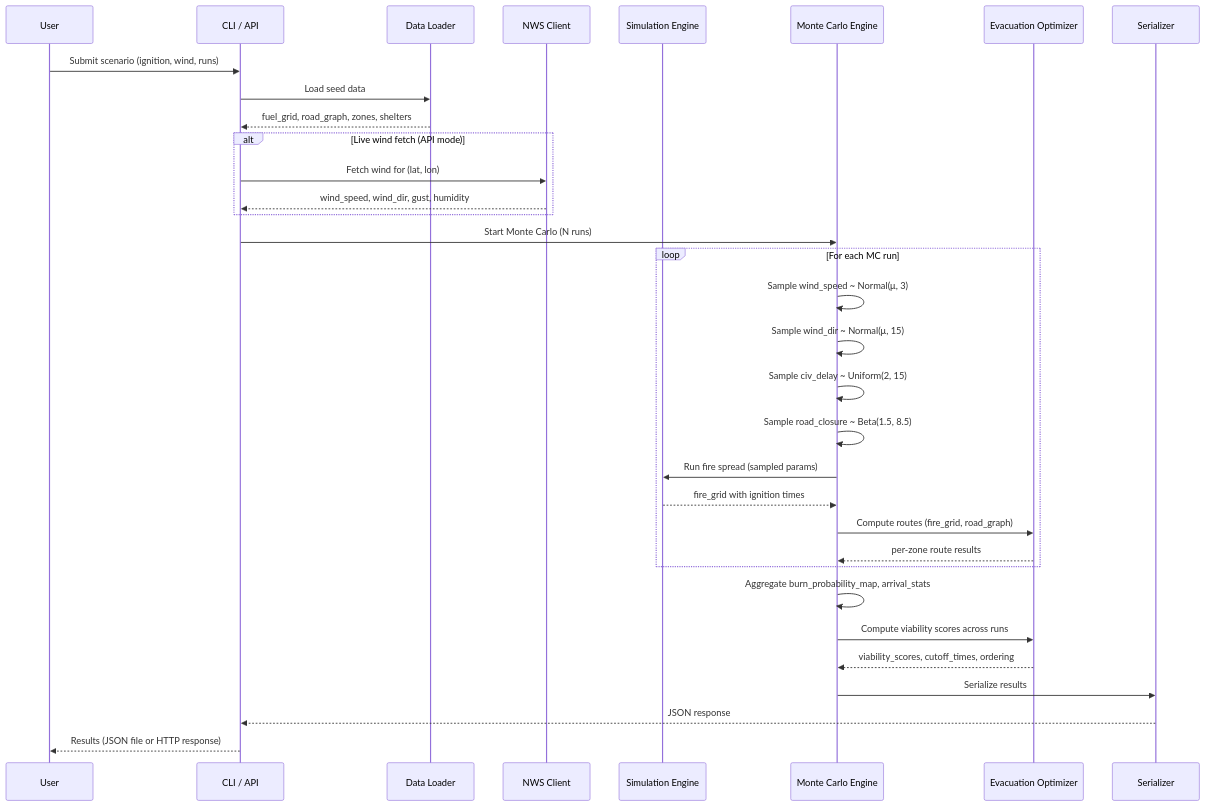
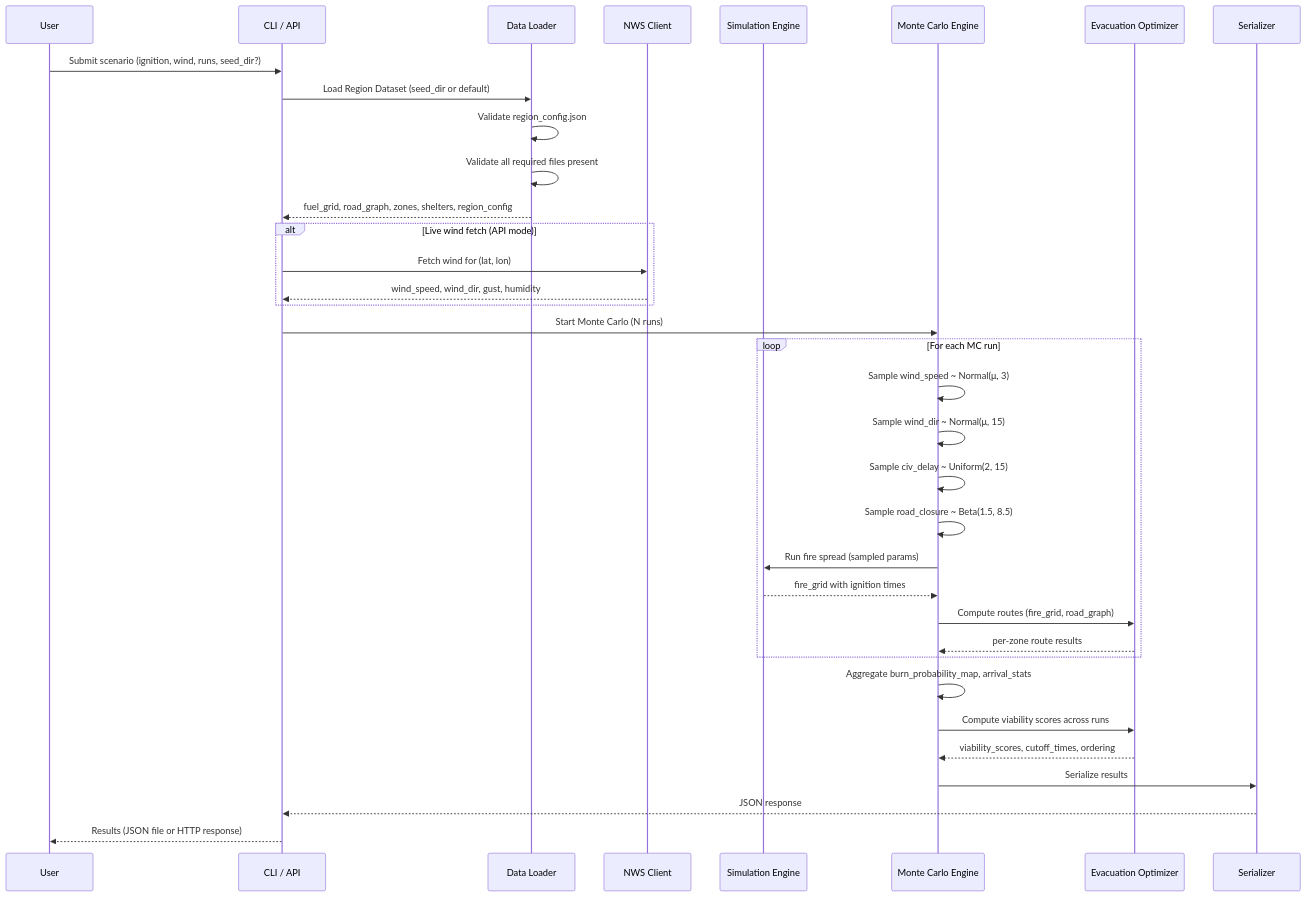
One commit to toharm/kirohacks changed the second of 2 diagrams in .kiro/specs/evacuai-backend-prototype/design.md. Above: the diagram before and after it, drawn with Mermaid. The commit also changed other lines of this file and 2 other files, not shown here.

````diff
--- a/.kiro/specs/evacuai-backend-prototype/design.md
+++ b/.kiro/specs/evacuai-backend-prototype/design.md
@@ -86,41 +91,43 @@
 ```mermaid
 sequenceDiagram
     participant User
     participant Entry as CLI / API
     participant Loader as Data Loader
     participant Wind as NWS Client
     participant Sim as Simulation Engine
     participant MC as Monte Carlo Engine
     participant Evac as Evacuation Optimizer
     participant Out as Serializer
 
-    User->>Entry: Submit scenario (ignition, wind, runs)
-    Entry->>Loader: Load seed data
-    Loader-->>Entry: fuel_grid, road_graph, zones, shelters
+    User->>Entry: Submit scenario (ignition, wind, runs, seed_dir?)
+    Entry->>Loader: Load Region Dataset (seed_dir or default)
+    Loader->>Loader: Validate region_config.json
+    Loader->>Loader: Validate all required files present
+    Loader-->>Entry: fuel_grid, road_graph, zones, shelters, region_config
     
     alt Live wind fetch (API mode)
         Entry->>Wind: Fetch wind for (lat, lon)
         Wind-->>Entry: wind_speed, wind_dir, gust, humidity
     end
 
     Entry->>MC: Start Monte Carlo (N runs)
     
     loop For each MC run
         MC->>MC: Sample wind_speed ~ Normal(μ, 3)
         MC->>MC: Sample wind_dir ~ Normal(μ, 15)
         MC->>MC: Sample civ_delay ~ Uniform(2, 15)
         MC->>MC: Sample road_closure ~ Beta(1.5, 8.5)
         MC->>Sim: Run fire spread (sampled params)
         Sim-->>MC: fire_grid with ignition times
         MC->>Evac: Compute routes (fire_grid, road_graph)
         Evac-->>MC: per-zone route results
     end
 
     MC->>MC: Aggregate burn_probability_map, arrival_stats
     MC->>Evac: Compute viability scores across runs
     Evac-->>MC: viability_scores, cutoff_times, ordering
 
     MC->>Out: Serialize results
     Out-->>Entry: JSON response
     Entry-->>User: Results (JSON file or HTTP response)
 ```
````
